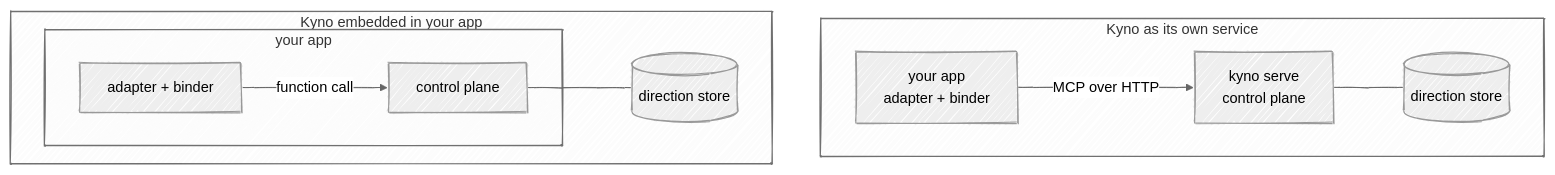
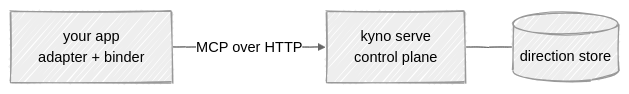
One commit to cizambra/kyno changed the first of 2 diagrams in docs/adapters.md. Above: the diagram before and after it, drawn with Mermaid. The commit also changed other lines of this file, not shown here.

Commit message:
Give each deployment shape its own diagram

````diff
--- a/docs/adapters.md
+++ b/docs/adapters.md
@@ -49,20 +51,10 @@
 ```mermaid
 ---
 config:
   look: handDrawn
   theme: neutral
 ---
-flowchart TB
-  subgraph one["Kyno as its own service"]
-    direction LR
-    A1["your app<br/>adapter + binder"] -- "MCP over HTTP" --> K1["kyno serve<br/>control plane"]
-    K1 --- S1[("direction store")]
-  end
-  subgraph two["Kyno embedded in your app"]
-    direction LR
-    subgraph A2["your app"]
-      B2["adapter + binder"] -- "function call" --> K2["control plane"]
-    end
-    K2 --- S2[("direction store")]
-  end
+flowchart LR
+  A1["your app<br/>adapter + binder"] -- "MCP over HTTP" --> K1["kyno serve<br/>control plane"]
+  K1 --- S1[("direction store")]
 ```
````
